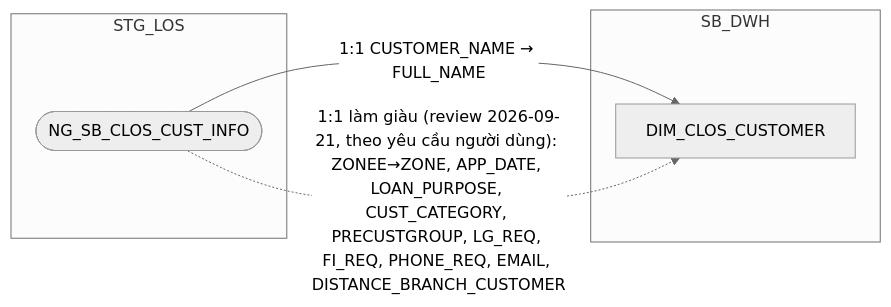
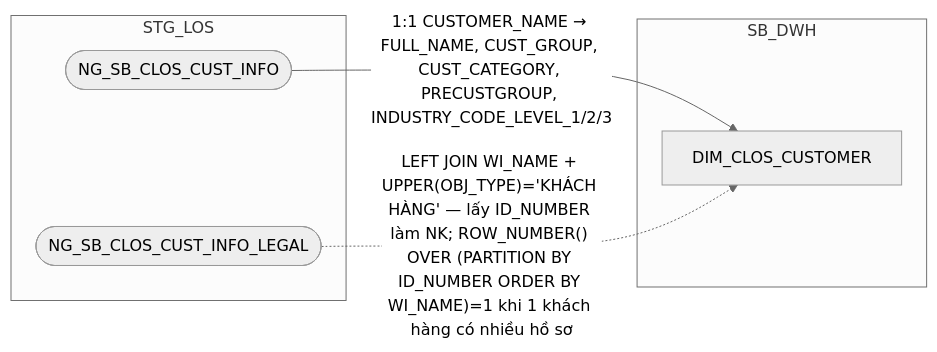
The fourth of 13 diagrams in hld/hld_review/HLD_DIM_SB_DWH_review.md (chien1198/sb-mapping-gen), drawn with Mermaid (neutral theme) before and after one commit. The commit also changed other lines of this file and 183 other files, not shown here.

````diff
--- a/hld/hld_review/HLD_DIM_SB_DWH_review.md
+++ b/hld/hld_review/HLD_DIM_SB_DWH_review.md
@@ -226,11 +194,12 @@
 ```mermaid
 flowchart LR
     subgraph STG_LOS
         A(["NG_SB_CLOS_CUST_INFO"])
+        L(["NG_SB_CLOS_CUST_INFO_LEGAL"])
     end
     subgraph SB_DWH
         E["DIM_CLOS_CUSTOMER"]
     end
-    A -->|1:1 CUSTOMER_NAME → FULL_NAME| E
-    A -.->|"1:1 làm giàu (review 2026-09-21, theo yêu cầu người dùng): ZONEE→ZONE, APP_DATE, LOAN_PURPOSE, CUST_CATEGORY, PRECUSTGROUP, LG_REQ, FI_REQ, PHONE_REQ, EMAIL, DISTANCE_BRANCH_CUSTOMER"| E
+    A -->|1:1 CUSTOMER_NAME → FULL_NAME, CUST_GROUP, CUST_CATEGORY, PRECUSTGROUP, INDUSTRY_CODE_LEVEL_1/2/3| E
+    L -.->|"LEFT JOIN WI_NAME + UPPER(OBJ_TYPE)='KHÁCH HÀNG' — lấy ID_NUMBER làm NK; ROW_NUMBER() OVER (PARTITION BY ID_NUMBER ORDER BY WI_NAME)=1 khi 1 khách hàng có nhiều hồ sơ"| E
 ```
````
